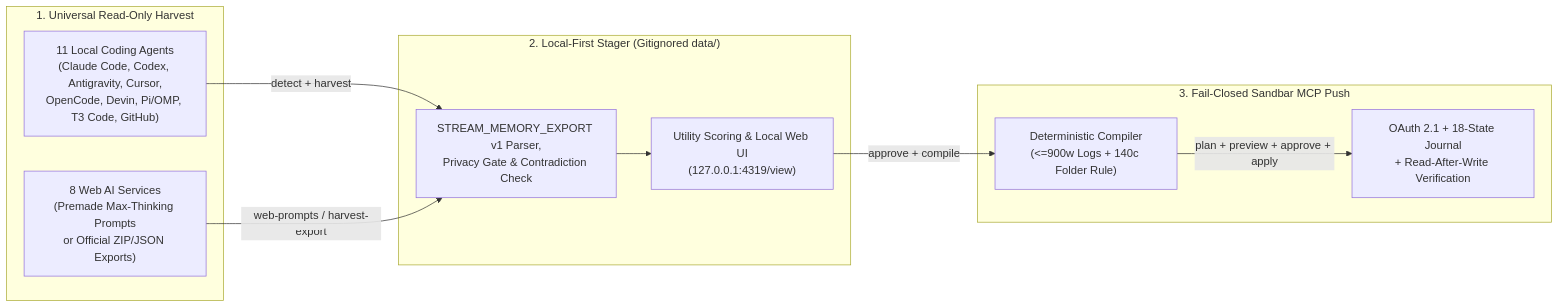
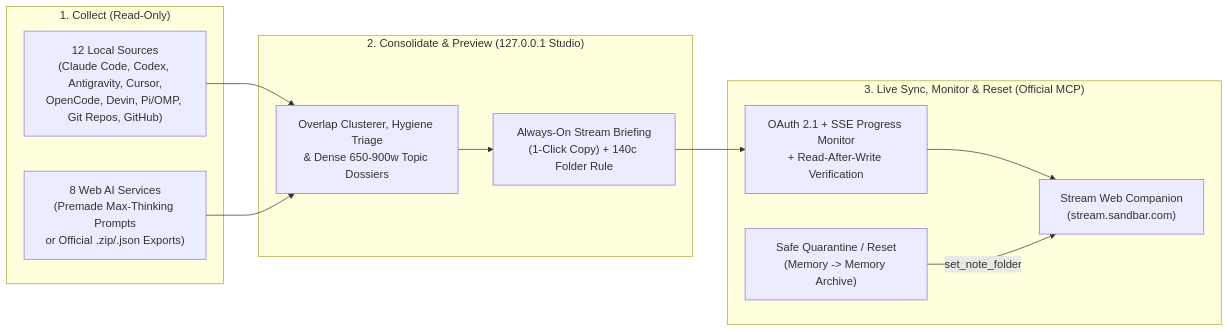
Before and after one commit to jerryj6/stream-memory-manager: the diagram in README.md, drawn with Mermaid. The commit also changed other lines of this file and 38 other files, not shown here.

Commit message:
feat(v0.2.0): Stream Memory Studio, semantic consolidation, live monitor & safe quarantine/reset

````diff
--- a/README.md
+++ b/README.md
@@ -43,23 +52,25 @@
 ```mermaid
 flowchart LR
-    subgraph harvest_grp ["1. Universal Read-Only Harvest"]
-        local_src["11 Local Coding Agents\n(Claude Code, Codex, Antigravity, Cursor,\nOpenCode, Devin, Pi/OMP, T3 Code, GitHub)"]
-        web_src["8 Web AI Services\n(Premade Max-Thinking Prompts\nor Official ZIP/JSON Exports)"]
+    subgraph collect_grp ["1. Collect (Read-Only)"]
+        local_src["12 Local Sources\n(Claude Code, Codex, Antigravity, Cursor,\nOpenCode, Devin, Pi/OMP, Git Repos, GitHub)"]
+        web_src["8 Web AI Services\n(Premade Max-Thinking Prompts\nor Official .zip/.json Exports)"]
     end
 
-    subgraph stage_grp ["2. Local-First Stager (Gitignored data/)"]
-        ingest_eng["STREAM_MEMORY_EXPORT v1 Parser,\nPrivacy Gate & Contradiction Check"]
-        score_ui["Utility Scoring & Local Web UI\n(127.0.0.1:4319/view)"]
+    subgraph studio_grp ["2. Consolidate & Preview (127.0.0.1 Studio)"]
+        merge_eng["Overlap Clusterer, Hygiene Triage\n& Dense 650-900w Topic Dossiers"]
+        brief_box["Always-On Stream Briefing\n(1-Click Copy) + 140c Folder Rule"]
     end
 
-    subgraph push_grp ["3. Fail-Closed Sandbar MCP Push"]
-        comp_eng["Deterministic Compiler\n(<=900w Logs + 140c Folder Rule)"]
-        mcp_push["OAuth 2.1 + 18-State Journal\n+ Read-After-Write Verification"]
+    subgraph live_grp ["3. Live Sync, Monitor & Reset (Official MCP)"]
+        mcp_sync["OAuth 2.1 + SSE Progress Monitor\n+ Read-After-Write Verification"]
+        quarantine["Safe Quarantine / Reset\n(Memory -> Memory Archive)"]
+        stream_web["Stream Web Companion\n(stream.sandbar.com)"]
     end
 
-    local_src -->|"detect + harvest"| ingest_eng
-    web_src -->|"web-prompts / harvest-export"| ingest_eng
-    ingest_eng --> score_ui
-    score_ui -->|"approve + compile"| comp_eng
-    comp_eng -->|"plan + preview + approve + apply"| mcp_push
+    local_src --> merge_eng
+    web_src --> merge_eng
+    merge_eng --> brief_box
+    brief_box --> mcp_sync
+    mcp_sync --> stream_web
+    quarantine -->|"set_note_folder"| stream_web
 ```
````
